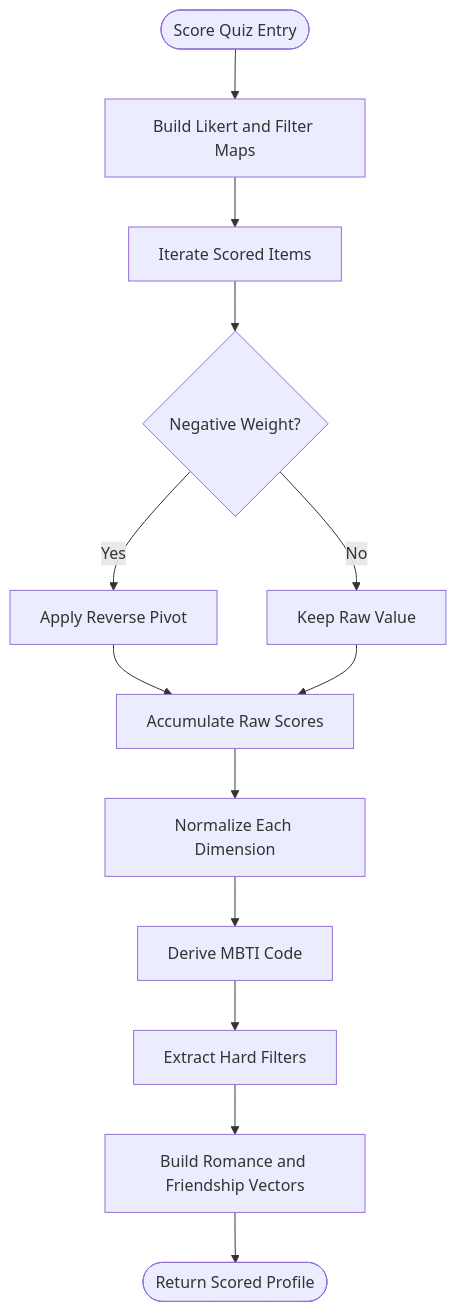
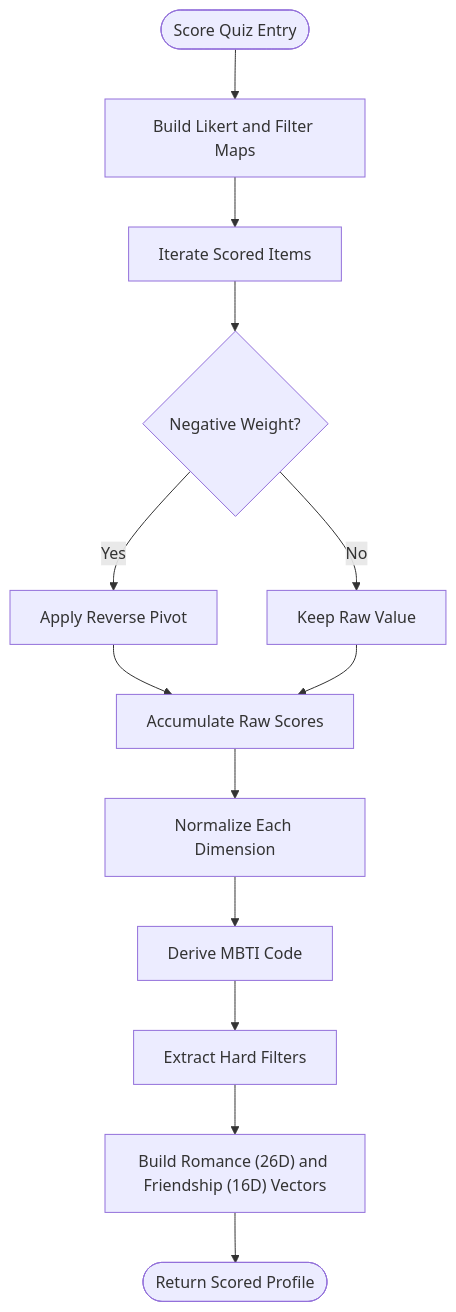
One commit to AmeliaDi/ProyectoENESZooMatch changed the third of 9 diagrams in .qoder/repowiki/en/content/Architecture Overview/ZooMatch v2 Matching Engine.md. Above: the diagram before and after it, drawn with Mermaid. The commit also changed other lines of this file and 43 other files, not shown here.

````diff
--- a/.qoder/repowiki/en/content/Architecture Overview/ZooMatch v2 Matching Engine.md
+++ b/.qoder/repowiki/en/content/Architecture Overview/ZooMatch v2 Matching Engine.md
@@ -188,15 +198,15 @@
 ```mermaid
 flowchart TD
 Start(["Score Quiz Entry"]) --> BuildMaps["Build Likert and Filter Maps"]
 BuildMaps --> IterateItems["Iterate Scored Items"]
 IterateItems --> ReverseScore{"Negative Weight?"}
 ReverseScore --> |Yes| ApplyReverse["Apply Reverse Pivot"]
 ReverseScore --> |No| KeepValue["Keep Raw Value"]
 ApplyReverse --> Accumulate["Accumulate Raw Scores"]
 KeepValue --> Accumulate
 Accumulate --> Normalize["Normalize Each Dimension"]
 Normalize --> MBTIDerive["Derive MBTI Code"]
 MBTIDerive --> ExtractFilters["Extract Hard Filters"]
-ExtractFilters --> BuildVectors["Build Romance and Friendship Vectors"]
+ExtractFilters --> BuildVectors["Build Romance (26D) and Friendship (16D) Vectors"]
 BuildVectors --> End(["Return Scored Profile"])
 ```
````
